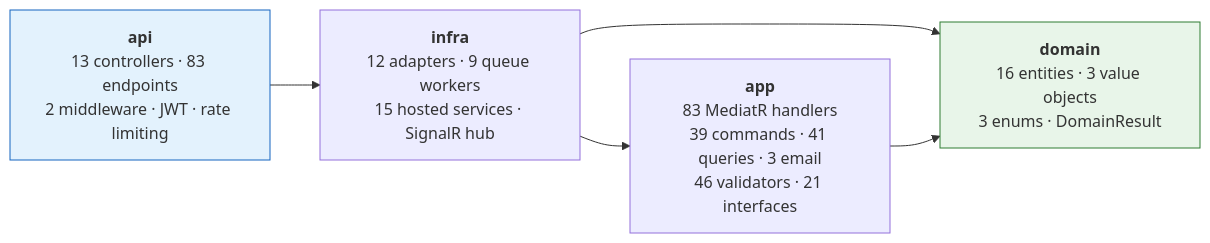
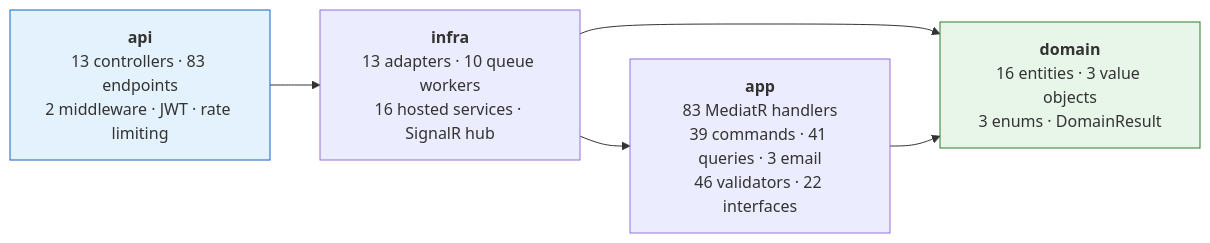
Before and after one commit to Datnguynx110605/Bump_Server: the diagram in doc/project-overview.md, drawn with Mermaid. The commit also changed 6 other files, not shown here.

````diff
--- a/doc/project-overview.md
+++ b/doc/project-overview.md
@@ -96,15 +96,15 @@
 ```mermaid
 graph LR
     api["<b>api</b><br/>13 controllers · 83 endpoints<br/>2 middleware · JWT · rate limiting"]
-    infra["<b>infra</b><br/>12 adapters · 9 queue workers<br/>15 hosted services · SignalR hub"]
-    app["<b>app</b><br/>83 MediatR handlers<br/>39 commands · 41 queries · 3 email<br/>46 validators · 21 interfaces"]
+    infra["<b>infra</b><br/>13 adapters · 10 queue workers<br/>16 hosted services · SignalR hub"]
+    app["<b>app</b><br/>83 MediatR handlers<br/>39 commands · 41 queries · 3 email<br/>46 validators · 22 interfaces"]
     domain["<b>domain</b><br/>16 entities · 3 value objects<br/>3 enums · DomainResult"]
 
     api --> infra
     infra --> app
     infra --> domain
     app --> domain
 
     style domain fill:#e8f5e9,stroke:#2e7d32
     style api fill:#e3f2fd,stroke:#1565c0
 ```
````
